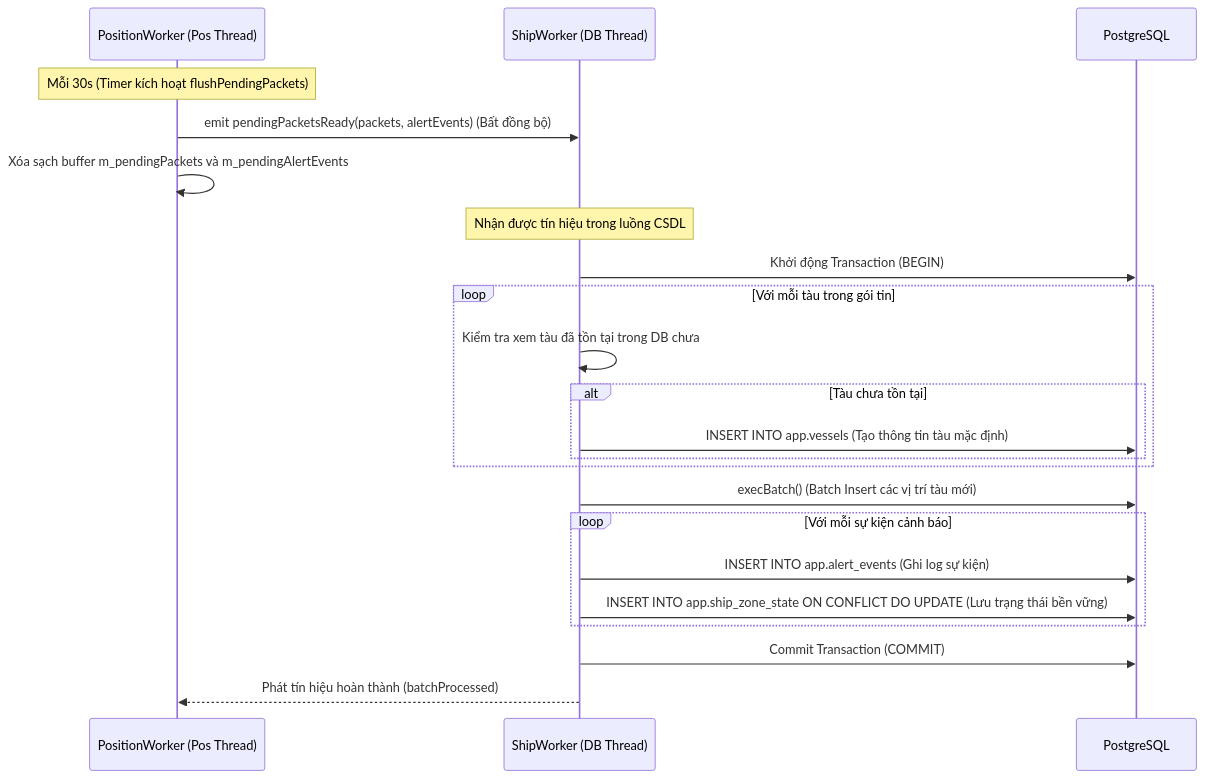
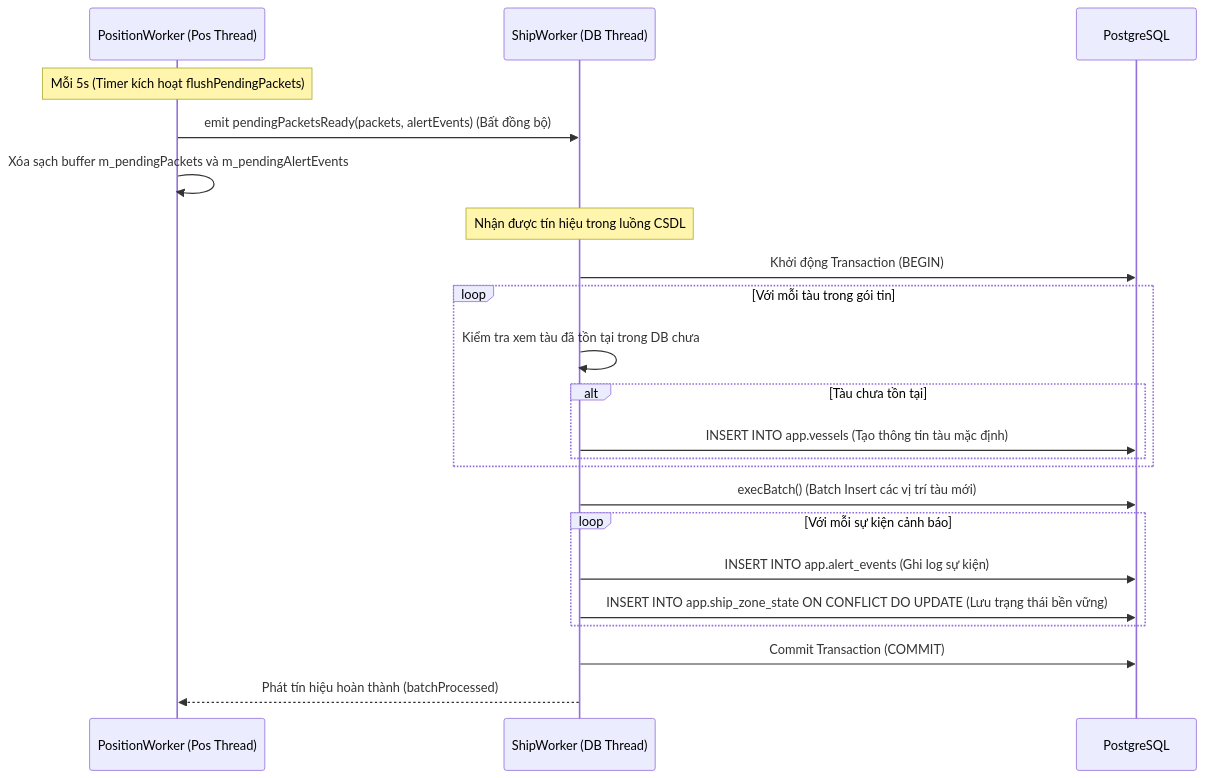
The fourth of 4 diagrams in docs/system_architecture.md (tongtranbinh/2D_Digital_Map), drawn with Mermaid before and after one commit. The commit also changed other lines of this file and 18 other files, not shown here.

````diff
--- a/docs/system_architecture.md
+++ b/docs/system_architecture.md
@@ -129,26 +129,26 @@
 ```mermaid
 sequenceDiagram
     participant PW as PositionWorker (Pos Thread)
     participant SW as ShipWorker (DB Thread)
     participant PG as PostgreSQL
     
-    Note over PW: Mỗi 30s (Timer kích hoạt flushPendingPackets)
+    Note over PW: Mỗi 5s (Timer kích hoạt flushPendingPackets)
     PW->>SW: emit pendingPacketsReady(packets, alertEvents) (Bất đồng bộ)
     PW->>PW: Xóa sạch buffer m_pendingPackets và m_pendingAlertEvents
     
     Note over SW: Nhận được tín hiệu trong luồng CSDL
     SW->>PG: Khởi động Transaction (BEGIN)
     loop Với mỗi tàu trong gói tin
         SW->>SW: Kiểm tra xem tàu đã tồn tại trong DB chưa
         alt Tàu chưa tồn tại
             SW->>PG: INSERT INTO app.vessels (Tạo thông tin tàu mặc định)
         end
     end
     SW->>PG: execBatch() (Batch Insert các vị trí tàu mới)
     loop Với mỗi sự kiện cảnh báo
         SW->>PG: INSERT INTO app.alert_events (Ghi log sự kiện)
         SW->>PG: INSERT INTO app.ship_zone_state ON CONFLICT DO UPDATE (Lưu trạng thái bền vững)
     end
     SW->>PG: Commit Transaction (COMMIT)
     SW-->>PW: Phát tín hiệu hoàn thành (batchProcessed)
 ```
````
